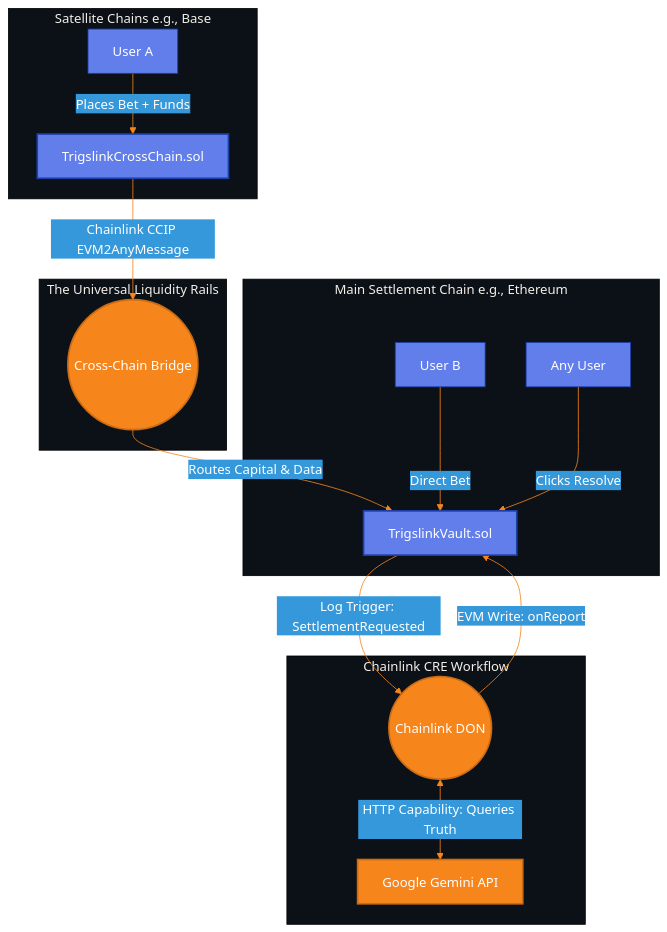
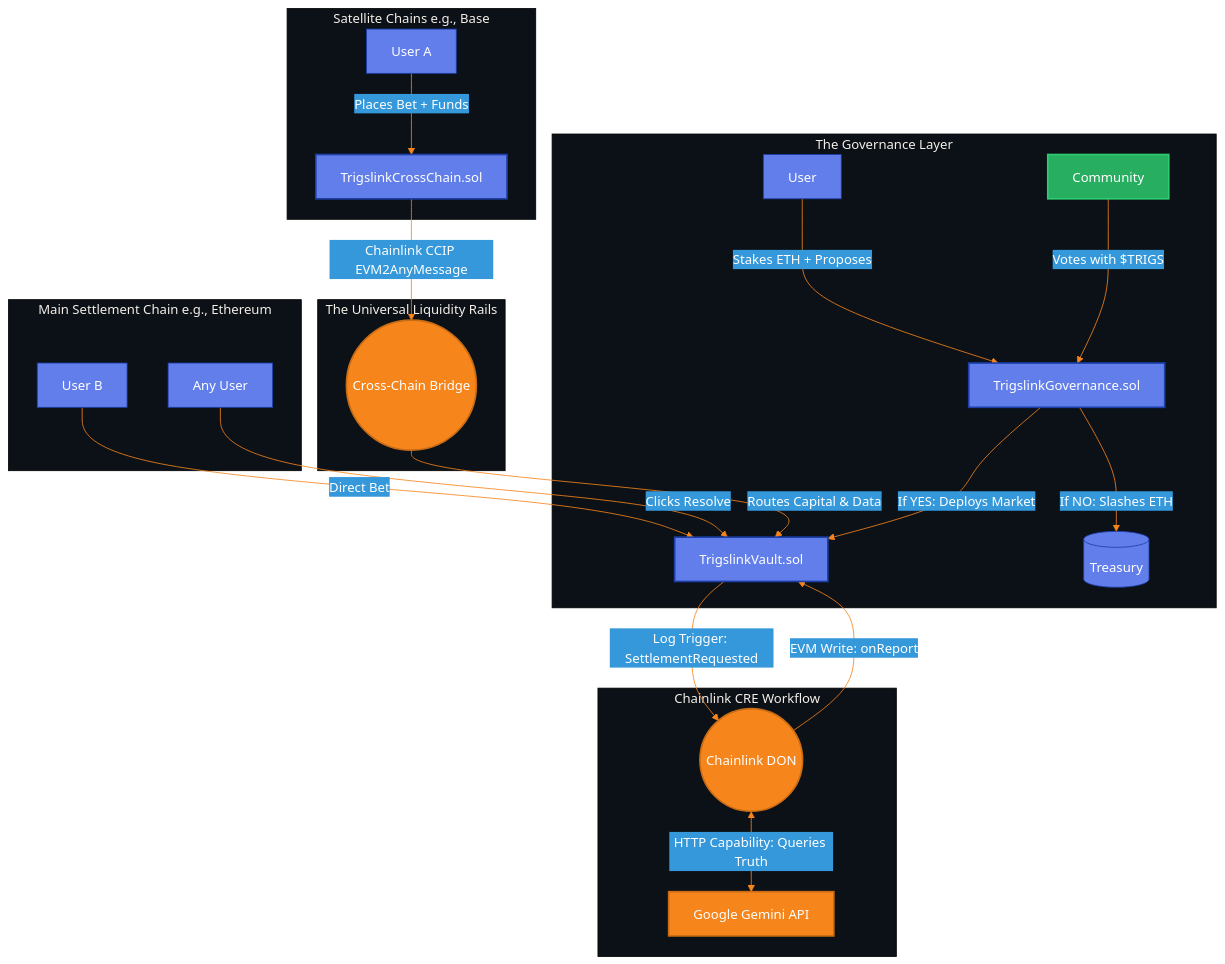
The first of 2 diagrams in README.md (Trigs-link/trigslink), drawn with Mermaid before and after one commit. The commit also changed other lines of this file, not shown here.

````diff
--- a/README.md
+++ b/README.md
@@ -21,41 +24,50 @@
 ```mermaid
 %%{init: {
   'theme': 'base',
   'themeVariables': {
     'primaryColor': '#627eea',
     'primaryTextColor': '#ffffff',
     'primaryBorderColor': '#1c3faa',
     'lineColor': '#f6851b',
     'secondaryColor': '#3498db',
     'tertiaryColor': '#0c1117',
     'fontFamily': 'Inter, system-ui, sans-serif',
     'background': '#0b0f1c'
   }
 }}%%
 graph TD
+    subgraph Market Curation [The Governance Layer]
+        Proposer[User] -->|Stakes ETH + Proposes| Gov[TrigslinkGovernance.sol]
+        Voters[Community] -->|Votes with $TRIGS| Gov
+        Gov -->|If YES: Deploys Market| Vault[TrigslinkVault.sol]
+        Gov -->|If NO: Slashes ETH| Treasury[(Treasury)]
+    end
+
     subgraph Satellite Chains [Satellite Chains e.g., Base]
         UserA[User A] -->|Places Bet + Funds| CC_Sender[TrigslinkCrossChain.sol]
     end
 
     subgraph The Universal Liquidity Rails
         CC_Sender -->|Chainlink CCIP EVM2AnyMessage| Bridge((Cross-Chain Bridge))
     end
 
     subgraph Main Hub [Main Settlement Chain e.g., Ethereum]
-        Bridge -->|Routes Capital & Data| Vault[TrigslinkVault.sol]
+        Bridge -->|Routes Capital & Data| Vault
         UserB[User B] -->|Direct Bet| Vault
         UserC[Any User] -->|Clicks Resolve| Vault
     end
 
     subgraph Off-Chain Truth Engine [Chainlink CRE Workflow]
         Vault -->|Log Trigger: SettlementRequested| DON((Chainlink DON))
         DON <-->|HTTP Capability: Queries Truth| Gemini[Google Gemini API]
         DON -->|EVM Write: onReport| Vault
     end
 
     classDef contract fill:#627eea,stroke:#1c3faa,stroke-width:2px,color:#fff;
     classDef external fill:#f6851b,stroke:#c96c15,stroke-width:2px,color:#fff;
+    classDef token fill:#27ae60,stroke:#2ecc71,stroke-width:2px,color:#fff;
     
-    class Vault,CC_Sender contract;
+    class Vault,CC_Sender,Gov contract;
     class DON,Bridge,Gemini external;
+    class Voters token;
 ```
````
